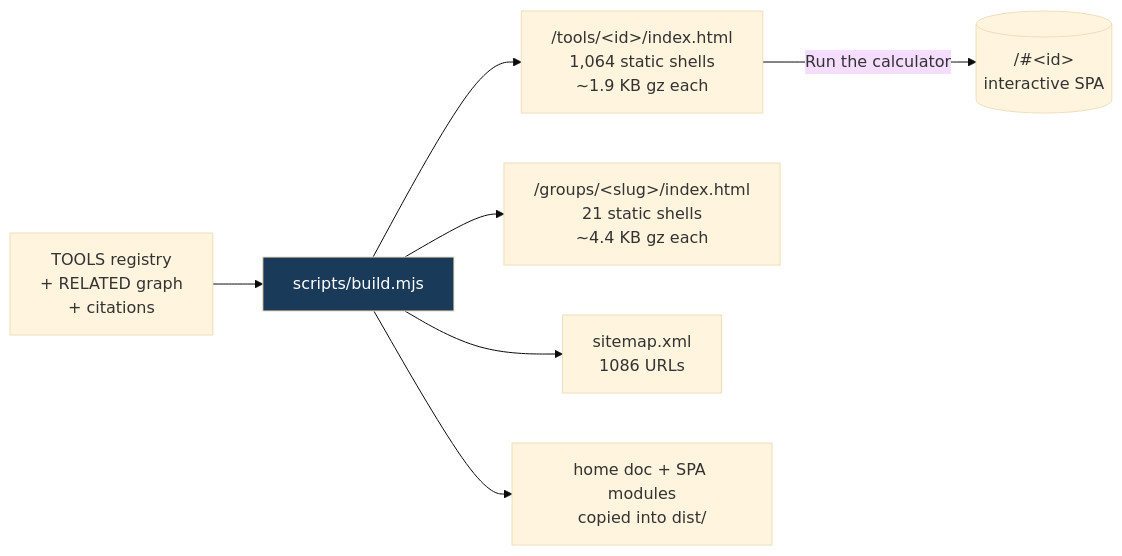
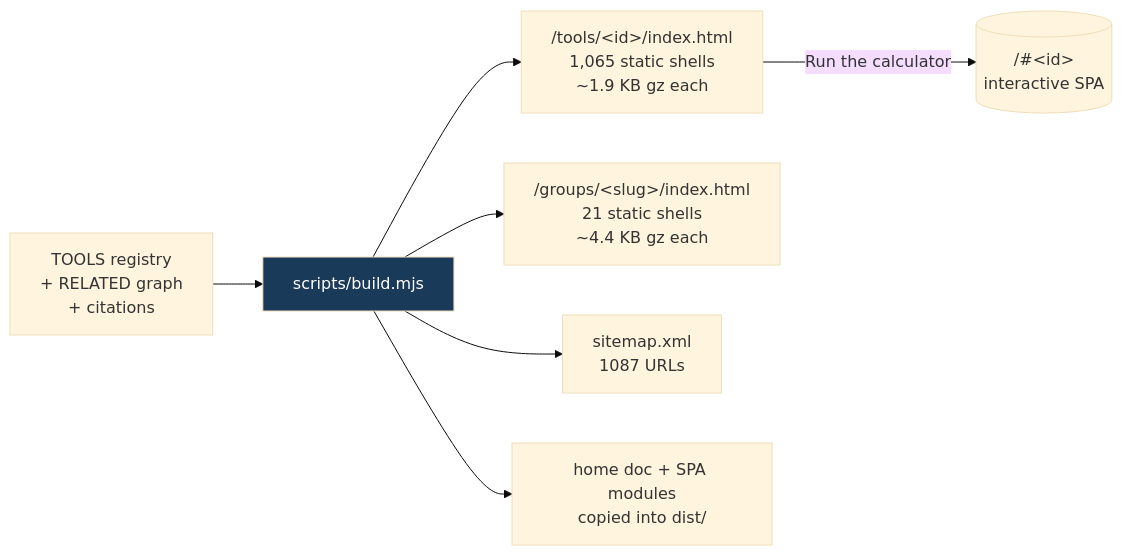
Before and after one commit to clay-good/roughlogic.com: the fifth of 8 diagrams in README.md, drawn with Mermaid (base theme). The commit also changed other lines of this file and 13 other files, not shown here.

````diff
--- a/README.md
+++ b/README.md
@@ -495,10 +495,10 @@
 ```mermaid
 flowchart LR
     SRC[TOOLS registry\n+ RELATED graph\n+ citations] --> BUILD[scripts/build.mjs]
-    BUILD --> TILE["/tools/&lt;id&gt;/index.html\n1,064 static shells\n~1.9 KB gz each"]
+    BUILD --> TILE["/tools/&lt;id&gt;/index.html\n1,065 static shells\n~1.9 KB gz each"]
     BUILD --> GROUP["/groups/&lt;slug&gt;/index.html\n21 static shells\n~4.4 KB gz each"]
-    BUILD --> MAP["sitemap.xml\n1086 URLs"]
+    BUILD --> MAP["sitemap.xml\n1087 URLs"]
     BUILD --> COPY[home doc + SPA modules\ncopied into dist/]
     TILE -->|Run the calculator| SPA[("/#&lt;id&gt;\ninteractive SPA")]
     style BUILD fill:#1a3a5a,color:#fff
 ```
````
